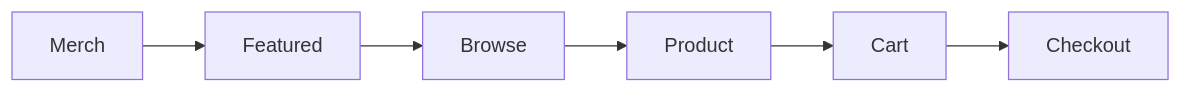
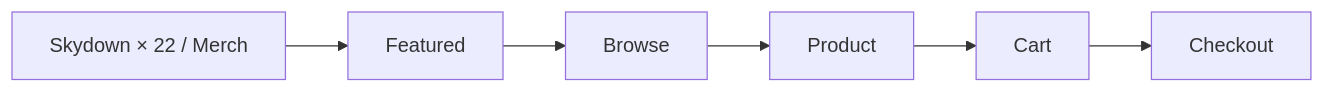
Before and after one commit to Yang-D-Nash/SkyOS-Readme-Public: the third of 6 diagrams in README.md, drawn with Mermaid. The commit also changed other lines of this file, not shown here.

Commit message:
docs(readme): align structure and diagrams with final brand model

````diff
--- a/README.md
+++ b/README.md
@@ -144,8 +151,8 @@
 ```mermaid
 flowchart LR
-    merch["Merch"] --> featured["Featured"]
+    merch["Skydown × 22 / Merch"] --> featured["Featured"]
     featured --> browse["Browse"]
     browse --> product["Product"]
     product --> cart["Cart"]
     cart --> checkout["Checkout"]
 ```
````
